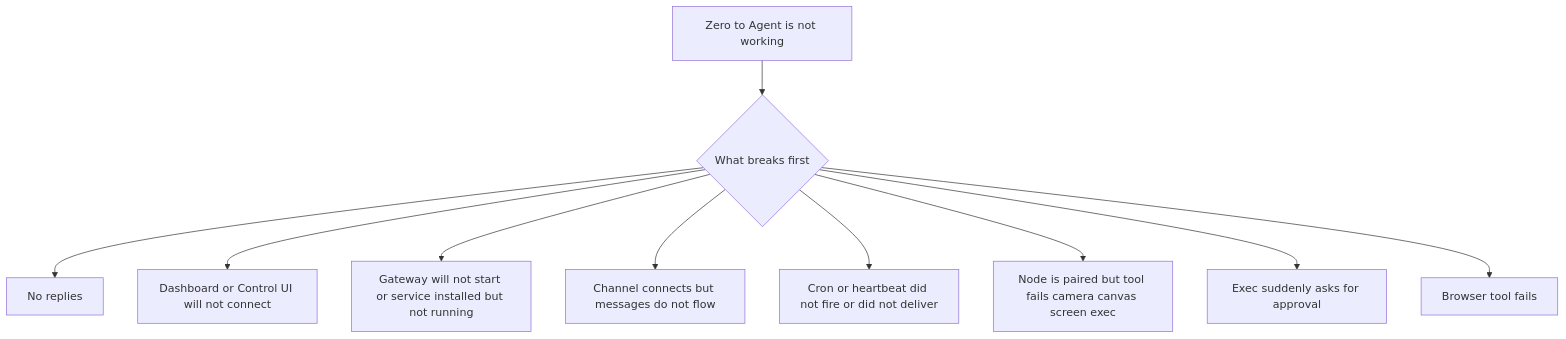
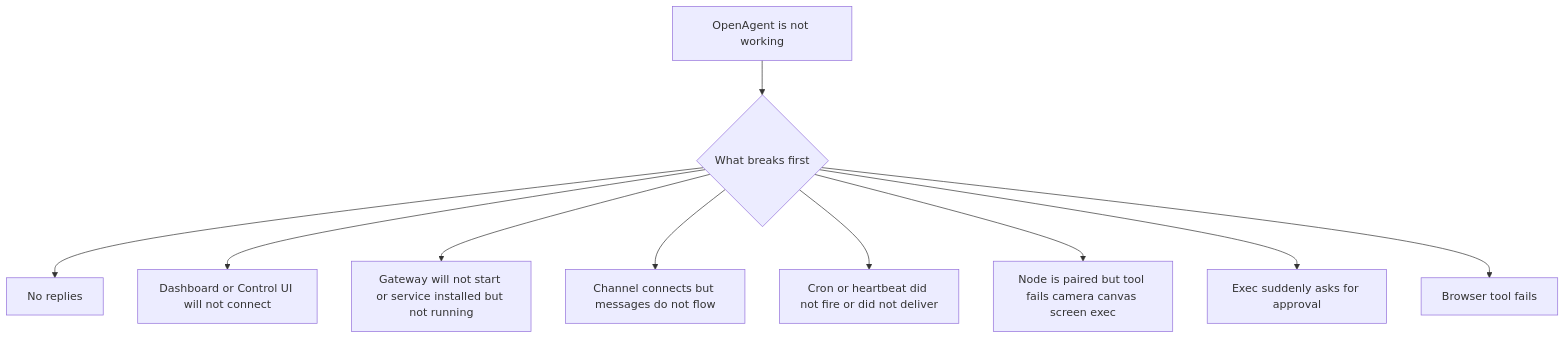
One commit to celaya-solutions/CSR-AGENT changed the diagram in docs/help/troubleshooting.md. Above: the diagram before and after it, drawn with Mermaid. The commit also changed other lines of this file and 6032 other files, not shown here.

First line of the commit message:
refactor: rebrand user-facing display text to OpenAgent by Celaya Solutions

````diff
--- a/docs/help/troubleshooting.md
+++ b/docs/help/troubleshooting.md
@@ -186,12 +186,12 @@
 ```mermaid
 flowchart TD
-  A[Zero to Agent is not working] --> B{What breaks first}
+  A[OpenAgent is not working] --> B{What breaks first}
   B --> C[No replies]
   B --> D[Dashboard or Control UI will not connect]
   B --> E[Gateway will not start or service installed but not running]
   B --> F[Channel connects but messages do not flow]
   B --> G[Cron or heartbeat did not fire or did not deliver]
   B --> H[Node is paired but tool fails camera canvas screen exec]
   B --> I[Exec suddenly asks for approval]
   B --> J[Browser tool fails]
 ```
````
